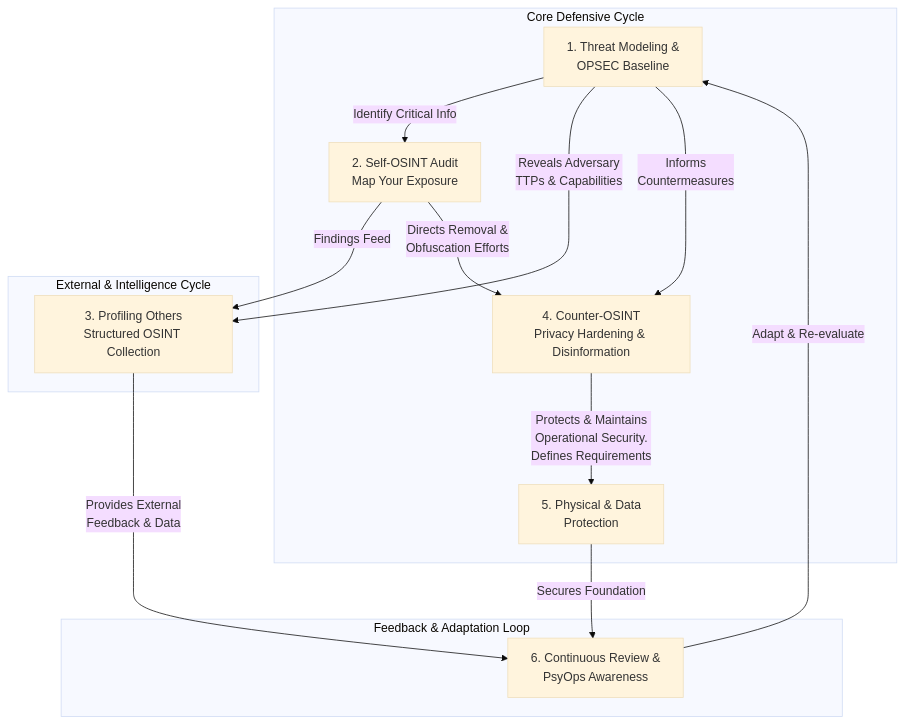
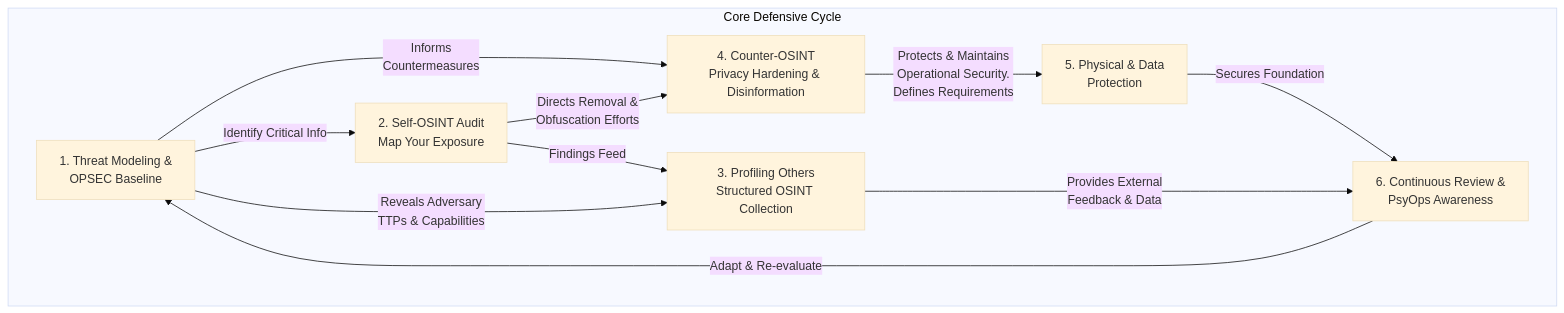
One commit to airborne-commando/OPSEC-OSINT-Tools changed the diagram in methodology.md. Above: the diagram before and after it, drawn with Mermaid (base theme).

````diff
--- a/methodology.md
+++ b/methodology.md
@@ -194,32 +194,26 @@
 ```mermaid
 flowchart TD
     A[1. Threat Modeling &<br>OPSEC Baseline] -->|Identify Critical Info| B[2. Self-OSINT Audit<br>Map Your Exposure]
     B -->|Findings Feed| C[3. Profiling Others<br>Structured OSINT Collection]
     
     A -->|Reveals Adversary<br>TTPs & Capabilities| C
     
     A -->|Informs<br>Countermeasures| D[4. Counter-OSINT<br>Privacy Hardening & Disinformation]
     B -->|Directs Removal &<br>Obfuscation Efforts| D
     
     D -->|Protects & Maintains<br>Operational Security.<br>Defines Requirements| E[5. Physical & Data<br>Protection]
     
     E -->|Secures Foundation| F[6. Continuous Review &<br>PsyOps Awareness]
     C -->|Provides External<br>Feedback & Data| F
 
     F -->|Adapt & Re-evaluate| A
 
     subgraph "Core Defensive Cycle"
         A
         B
         D
+        C
         E
-    end
-
-    subgraph "External & Intelligence Cycle"
-        C
-    end
-
-    subgraph "Feedback & Adaptation Loop"
         F
     end
 ```
````
